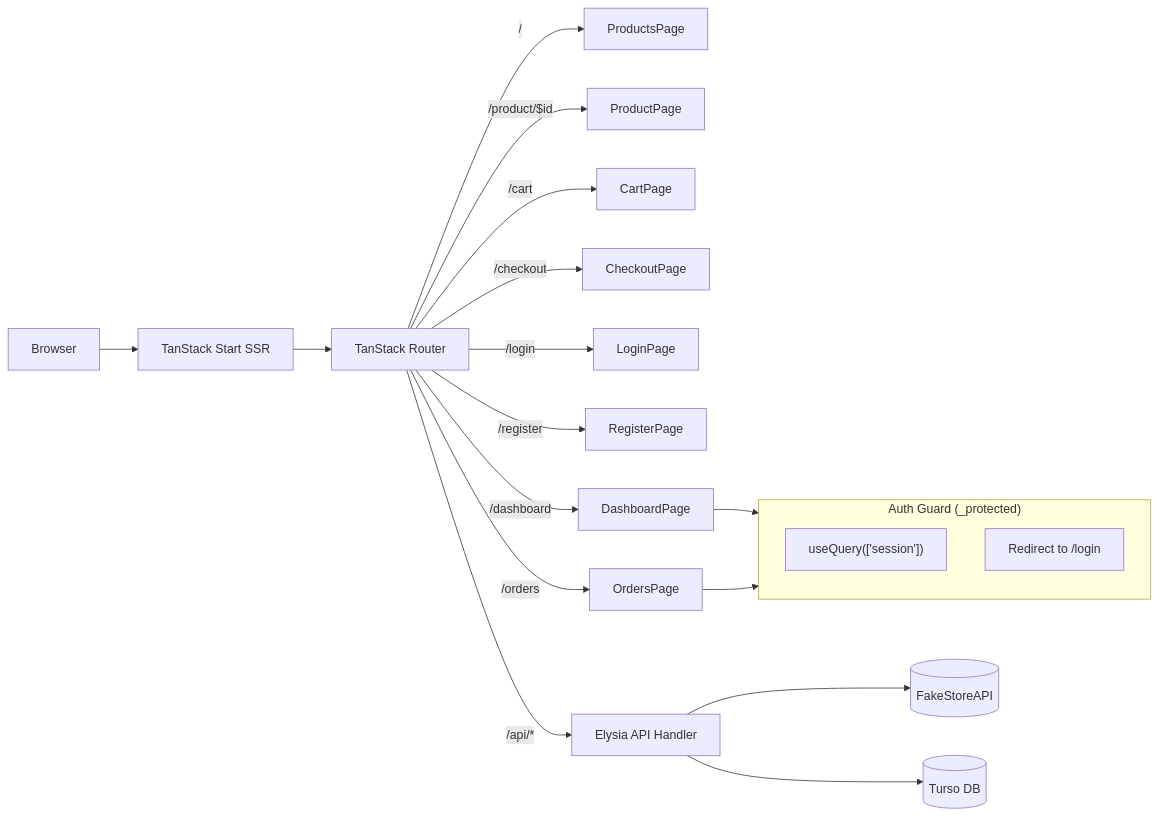
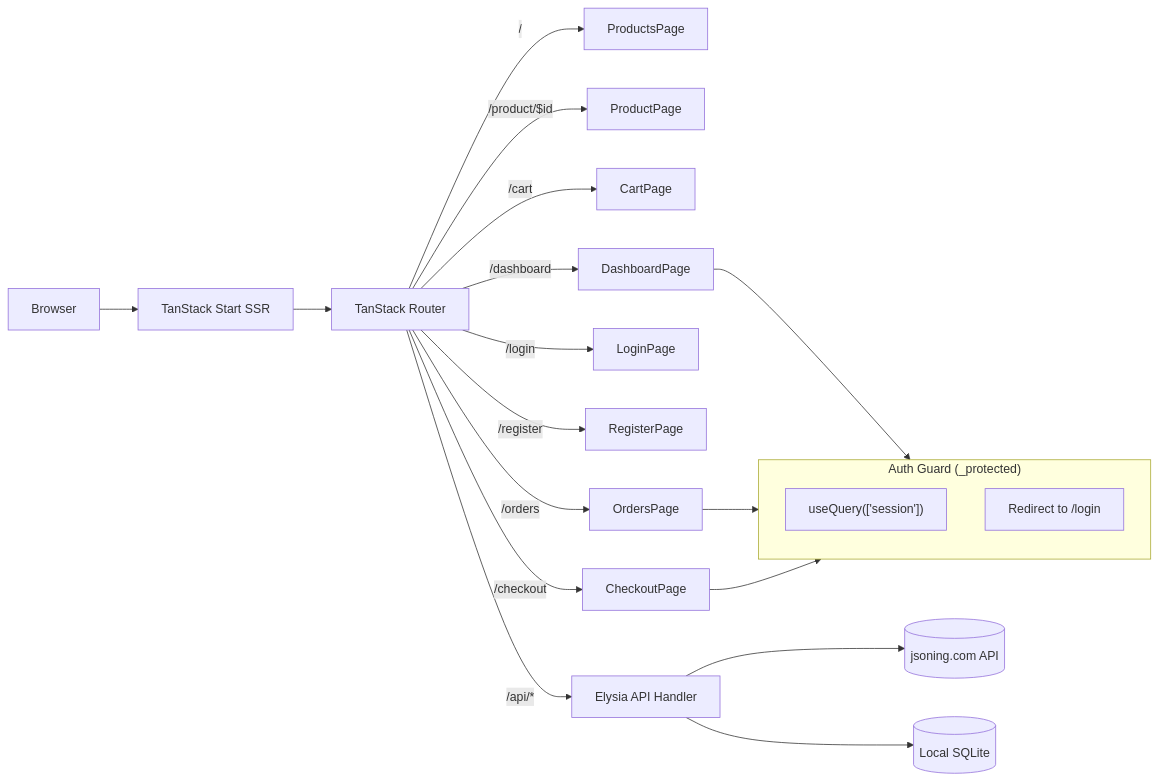
One commit to Its-Satyajit/MFECP changed the diagram in apps/shell/README.md. Above: the diagram before and after it, drawn with Mermaid. The commit also changed other lines of this file and 10 other files, not shown here.

First line of the commit message:
docs: update architecture to reflect local SQLite + cart/order MFUpdate architecture diagrams descriptions match recent appstructure and data sources. Key changes:

````diff
--- a/apps/shell/README.md
+++ b/apps/shell/README.md
@@ -7,21 +7,21 @@
 ```mermaid
 flowchart LR
     Browser["Browser"] --> SSR["TanStack Start SSR"]
     SSR --> Routes["TanStack Router"]
     Routes -->|"/"| P["ProductsPage"]
     Routes -->|"/product/$id"| PD["ProductPage"]
     Routes -->|"/cart"| C["CartPage"]
     Routes -->|"/checkout"| CO["CheckoutPage"]
     Routes -->|"/login"| L["LoginPage"]
     Routes -->|"/register"| R["RegisterPage"]
     Routes -->|"/dashboard"| D["DashboardPage"]
     Routes -->|"/orders"| O["OrdersPage"]
     Routes -->|"/api/*"| E["Elysia API Handler"]
-    E --> FSA[("FakeStoreAPI")]
-    E --> DB[("Turso DB")]
+    E --> Jsoning[("jsoning.com API")]
+    E --> DB[("Local SQLite")]
     subgraph Auth["Auth Guard (_protected)"]
         Session["useQuery(['session'])"]
         Redirect["Redirect to /login"]
     end
-    D & O --> Auth
+    D & O & CO --> Auth
 ```
````
